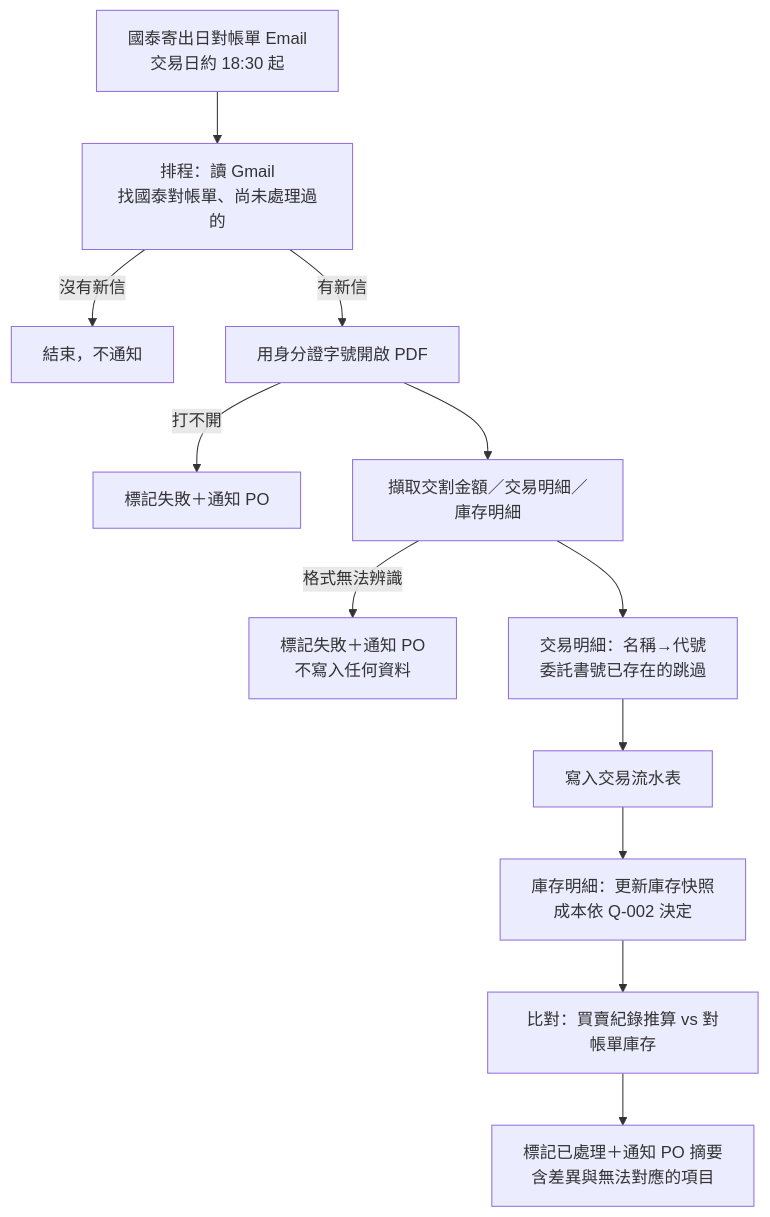
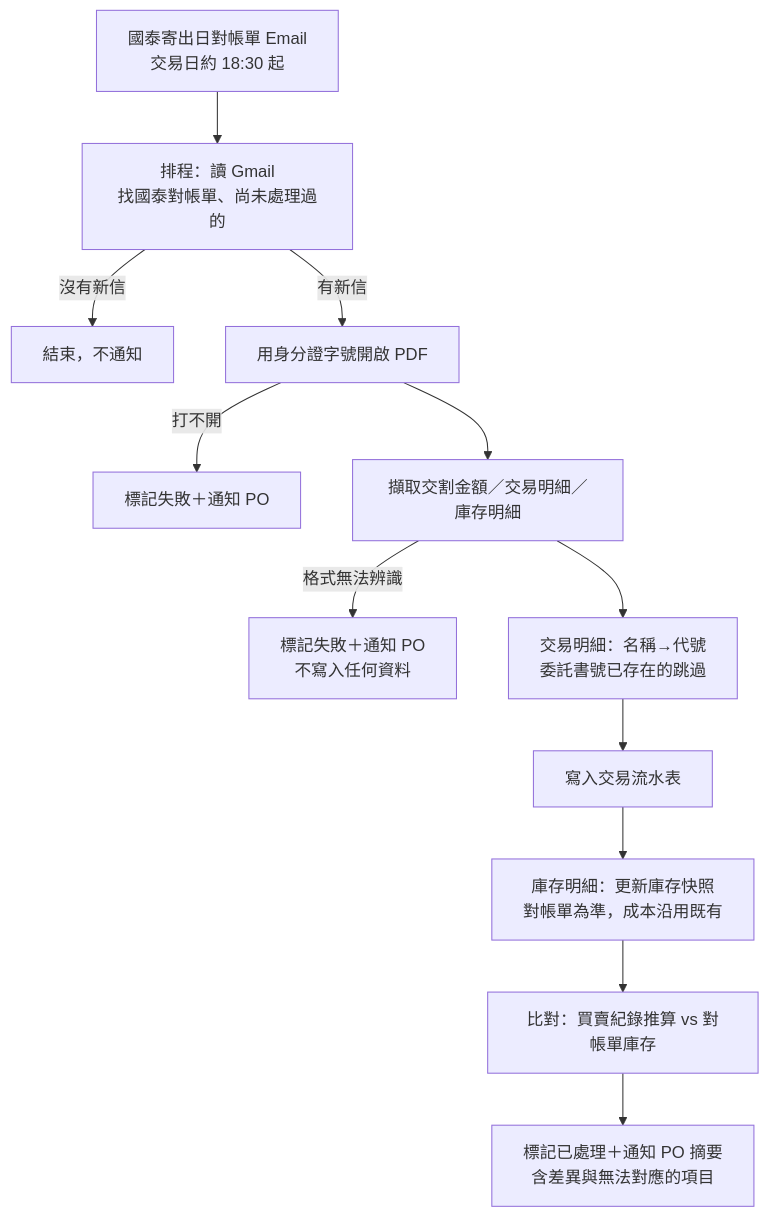
Before and after one commit to standerfly/AlphaVibe: the first of 3 diagrams in docs/spec-intake/broker-statement-import/supporting-artifacts/workflow-and-states.md, drawn with Mermaid. The commit also changed other lines of this file and 6 other files, not shown here.

````diff
--- a/docs/spec-intake/broker-statement-import/supporting-artifacts/workflow-and-states.md
+++ b/docs/spec-intake/broker-statement-import/supporting-artifacts/workflow-and-states.md
@@ -9,14 +9,14 @@
 ```mermaid
 flowchart TD
     A[國泰寄出日對帳單 Email<br/>交易日約 18:30 起] --> B[排程：讀 Gmail<br/>找國泰對帳單、尚未處理過的]
     B -->|沒有新信| Z[結束，不通知]
     B -->|有新信| C[用身分證字號開啟 PDF]
     C -->|打不開| F1[標記失敗＋通知 PO]
     C --> D[擷取交割金額／交易明細／庫存明細]
     D -->|格式無法辨識| F2[標記失敗＋通知 PO<br/>不寫入任何資料]
     D --> E[交易明細：名稱→代號<br/>委託書號已存在的跳過]
     E --> G[寫入交易流水表]
-    G --> H[庫存明細：更新庫存快照<br/>成本依 Q-002 決定]
+    G --> H[庫存明細：更新庫存快照<br/>對帳單為準，成本沿用既有]
     H --> I[比對：買賣紀錄推算 vs 對帳單庫存]
     I --> J[標記已處理＋通知 PO 摘要<br/>含差異與無法對應的項目]
 ```
````
